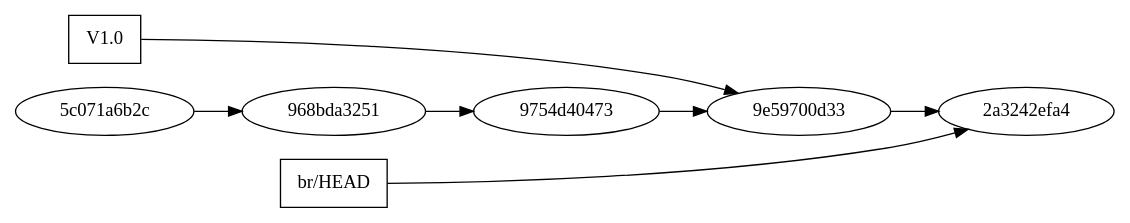
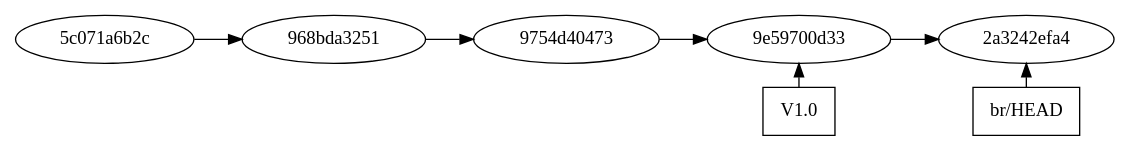
One commit to blackheaven/git-intro-if changed the diagram in diappositives/references/tag.dot. Above: the diagram before and after it, drawn with Graphviz. The commit also changed 1 other file, not shown here.

```diff
--- a/diappositives/references/tag.dot
+++ b/diappositives/references/tag.dot
@@ -1,15 +1,20 @@
 digraph "Tags"
 {
     rankdir=LR;
     subgraph commits
     {
         "5c071a6b2c" -> "968bda3251" -> "9754d40473" -> "9e59700d33" -> "2a3242efa4";
     }
-    subgraph annotations
+    subgraph annotations1
     {
+        rank="same";
         "V1.0" [shape=box];
+        "V1.0" -> "9e59700d33" [weight=0];
+    }
+    subgraph annotations2
+    {
+        rank="same";
         "br/HEAD" [shape=box];
-        "V1.0" -> "9e59700d33" [weight=0];
         "br/HEAD" -> "2a3242efa4" [weight=0];
     }
 }
```
